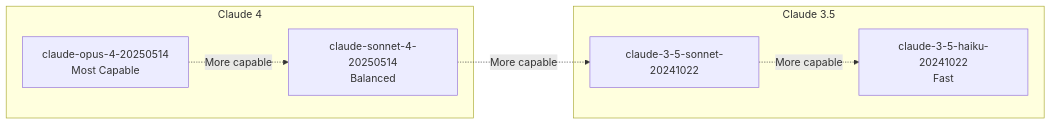
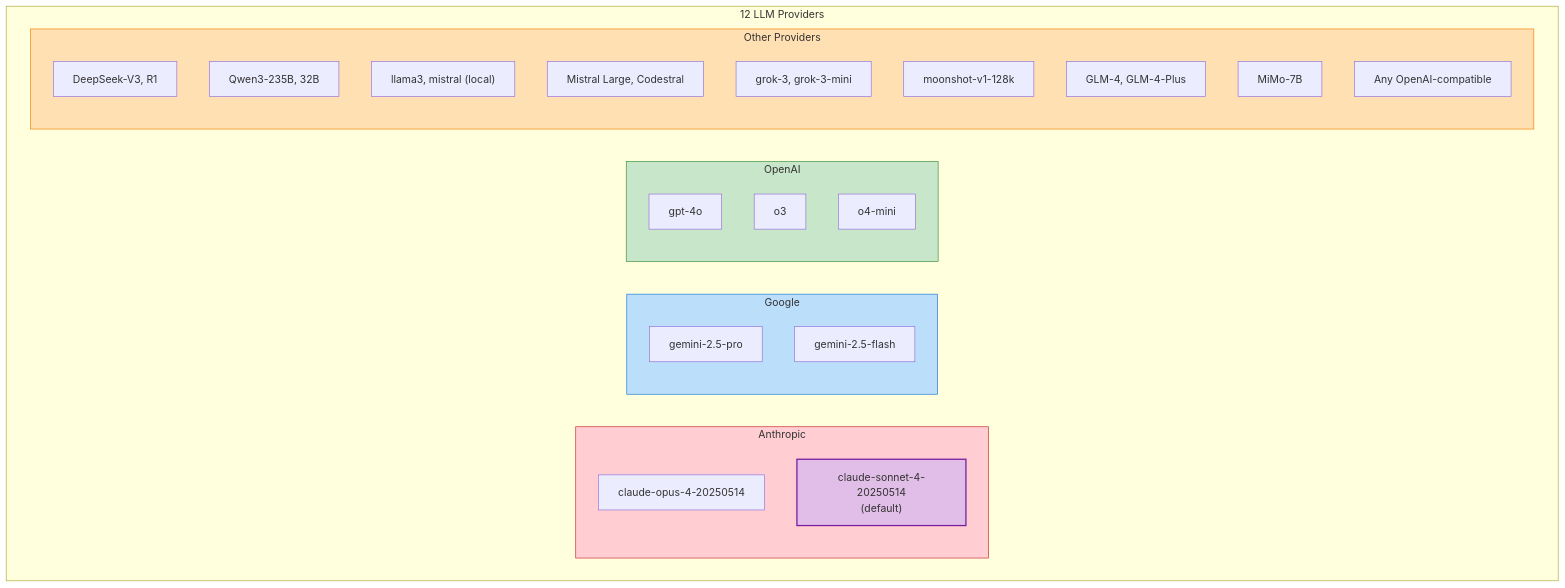
One commit to telemetryflow/telemetryflow-python-mcp changed the fourth of 5 diagrams in docs/CONFIGURATION.md. Above: the diagram before and after it, drawn with Mermaid. The commit also changed other lines of this file and 89 other files, not shown here.

````diff
--- a/docs/CONFIGURATION.md
+++ b/docs/CONFIGURATION.md
@@ -228,16 +230,38 @@
 ```mermaid
-graph LR
-    subgraph Claude4["Claude 4"]
-        Opus["claude-opus-4-20250514<br/>Most Capable"]
-        Sonnet4["claude-sonnet-4-20250514<br/>Balanced"]
+graph TB
+    subgraph Providers["12 LLM Providers"]
+        subgraph Anthropic["Anthropic"]
+            Opus["claude-opus-4-20250514"]
+            Sonnet4["claude-sonnet-4-20250514<br/>(default)"]
+        end
+
+        subgraph Google["Google"]
+            GeminiPro["gemini-2.5-pro"]
+            GeminiFlash["gemini-2.5-flash"]
+        end
+
+        subgraph OpenAI["OpenAI"]
+            GPT4o["gpt-4o"]
+            o3["o3"]
+            o4mini["o4-mini"]
+        end
+
+        subgraph Others["Other Providers"]
+            DeepSeek["DeepSeek-V3, R1"]
+            Qwen["Qwen3-235B, 32B"]
+            Ollama["llama3, mistral (local)"]
+            Mistral["Mistral Large, Codestral"]
+            Grok["grok-3, grok-3-mini"]
+            Kimi["moonshot-v1-128k"]
+            Zhipu["GLM-4, GLM-4-Plus"]
+            MiMo["MiMo-7B"]
+            Custom["Any OpenAI-compatible"]
+        end
     end
 
-    subgraph Claude35["Claude 3.5"]
-        Sonnet35["claude-3-5-sonnet-20241022"]
-        Haiku35["claude-3-5-haiku-20241022<br/>Fast"]
-    end
-
-    Opus -.->|"More capable"| Sonnet4
-    Sonnet4 -.->|"More capable"| Sonnet35
-    Sonnet35 -.->|"More capable"| Haiku35
+    style Sonnet4 fill:#E1BEE7,stroke:#7B1FA2,stroke-width:2px
+    style Anthropic fill:#FFCDD2,stroke:#C62828
+    style Google fill:#BBDEFB,stroke:#1976D2
+    style OpenAI fill:#C8E6C9,stroke:#388E3C
+    style Others fill:#FFE0B2,stroke:#F57C00
 ```
````
